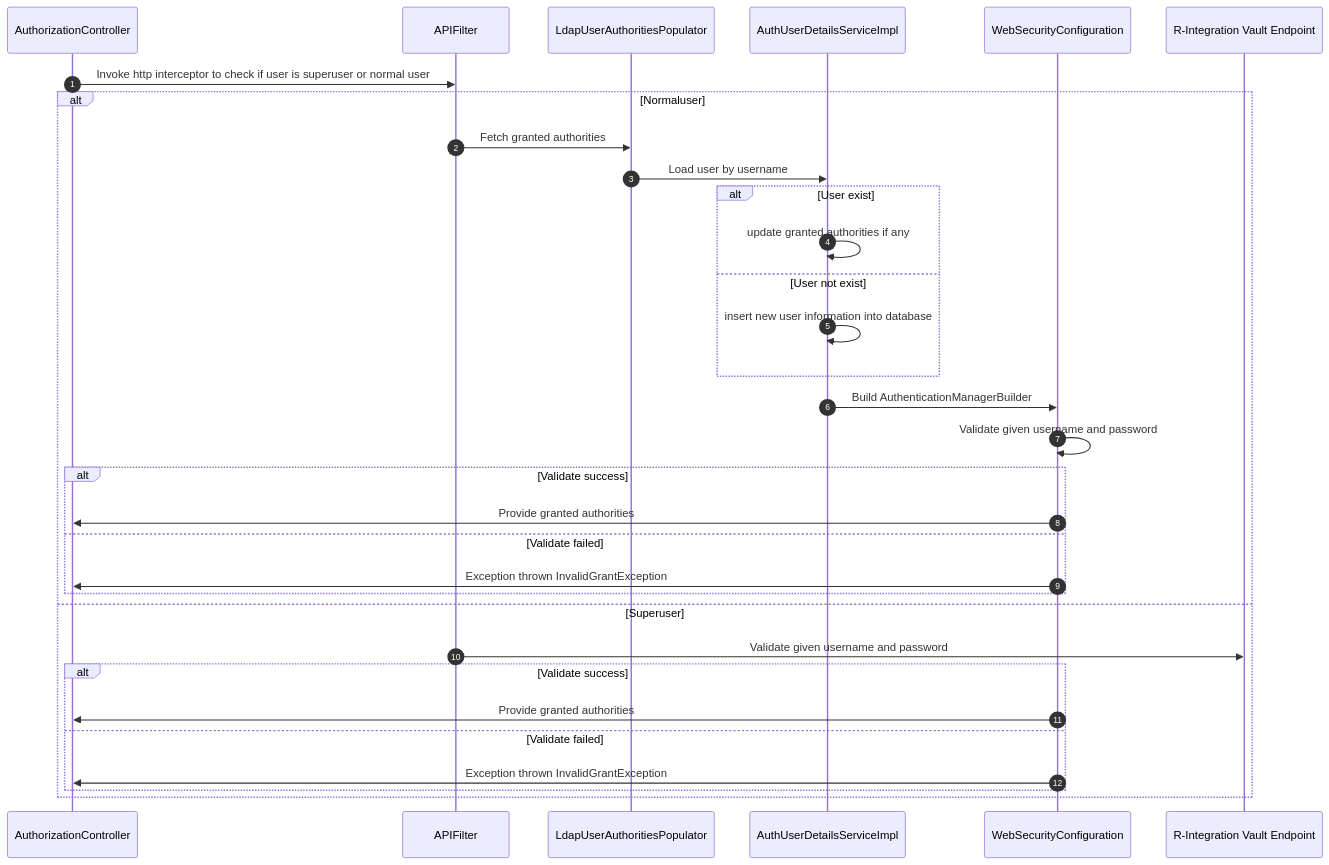
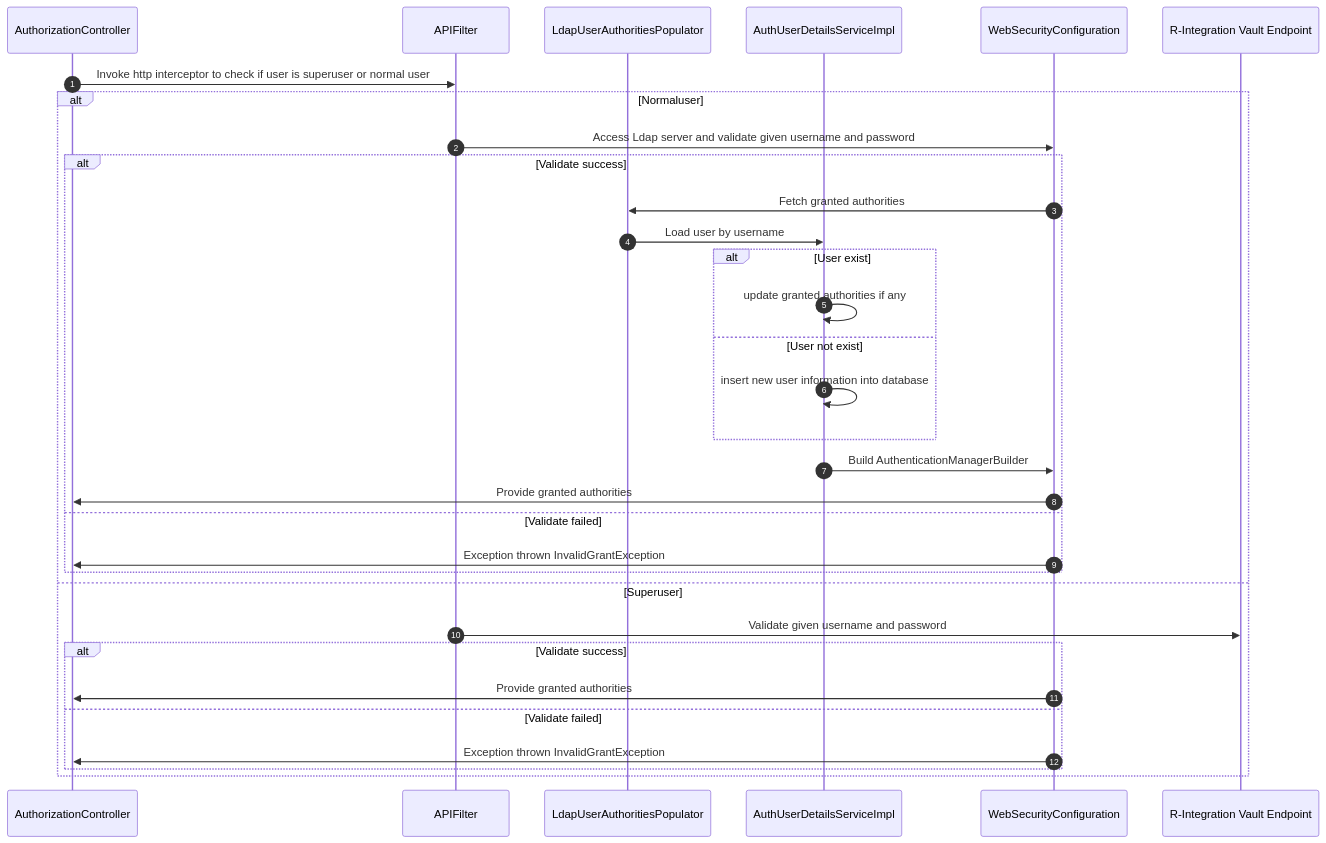
The second of 2 diagrams in R-Auth.md (jayrzhang/R-Auth), drawn with Mermaid before and after one commit.

````diff
--- a/R-Auth.md
+++ b/R-Auth.md
@@ -39,33 +39,33 @@
 ``` mermaid
     sequenceDiagram
     autonumber
     participant AuthorizationController
     participant APIFilter
     participant LdapUserAuthoritiesPopulator
     participant AuthUserDetailsServiceImpl
     participant WebSecurityConfiguration
     AuthorizationController->>APIFilter: Invoke http interceptor to check if user is superuser or normal user
     alt Normaluser
-        APIFilter->>LdapUserAuthoritiesPopulator: Fetch granted authorities
-        LdapUserAuthoritiesPopulator->>AuthUserDetailsServiceImpl: Load user by username
-        alt User exist
-            AuthUserDetailsServiceImpl->>AuthUserDetailsServiceImpl: update granted authorities if any
-        else User not exist
-            AuthUserDetailsServiceImpl->>AuthUserDetailsServiceImpl: insert new user information into database
-            end
-        AuthUserDetailsServiceImpl->>WebSecurityConfiguration: Build AuthenticationManagerBuilder
-        WebSecurityConfiguration->>WebSecurityConfiguration: Validate given username and password
+        APIFilter->>WebSecurityConfiguration: Access Ldap server and validate given username and password
         alt Validate success
+            WebSecurityConfiguration->>LdapUserAuthoritiesPopulator: Fetch granted authorities
+            LdapUserAuthoritiesPopulator->>AuthUserDetailsServiceImpl: Load user by username
+            alt User exist
+                AuthUserDetailsServiceImpl->>AuthUserDetailsServiceImpl: update granted authorities if any
+            else User not exist
+                AuthUserDetailsServiceImpl->>AuthUserDetailsServiceImpl: insert new user information into database
+                end
+            AuthUserDetailsServiceImpl->>WebSecurityConfiguration: Build AuthenticationManagerBuilder
             WebSecurityConfiguration->>AuthorizationController: Provide granted authorities
         else Validate failed
             WebSecurityConfiguration->>AuthorizationController: Exception thrown InvalidGrantException
             end
     else Superuser
         APIFilter->>R-Integration Vault Endpoint: Validate given username and password
         alt Validate success
             WebSecurityConfiguration->>AuthorizationController: Provide granted authorities
         else Validate failed
             WebSecurityConfiguration->>AuthorizationController: Exception thrown InvalidGrantException
             end
     end
 ```
````
